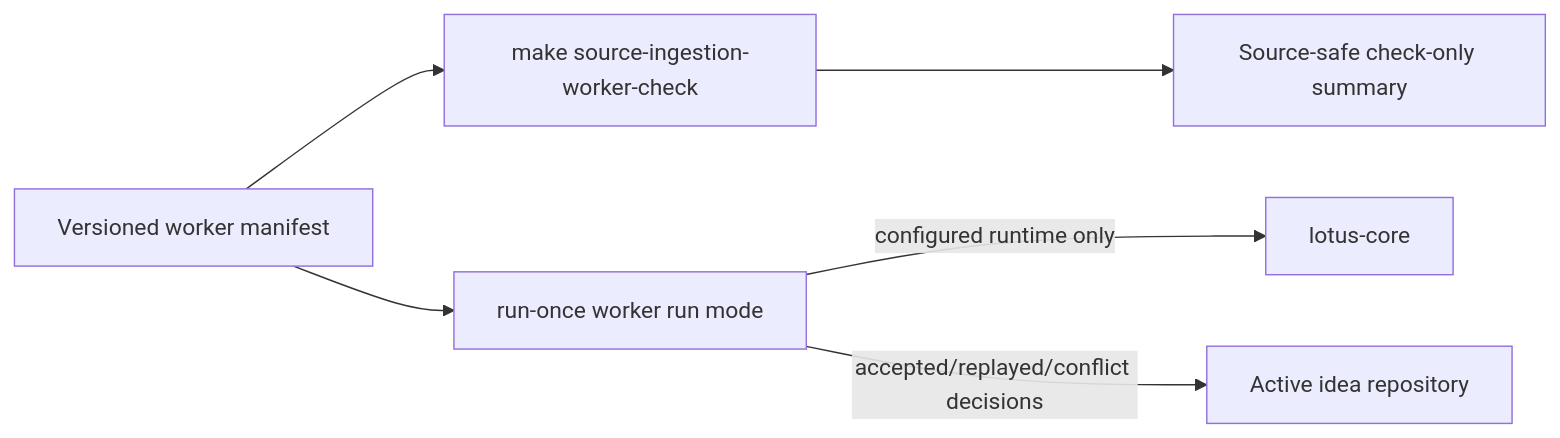
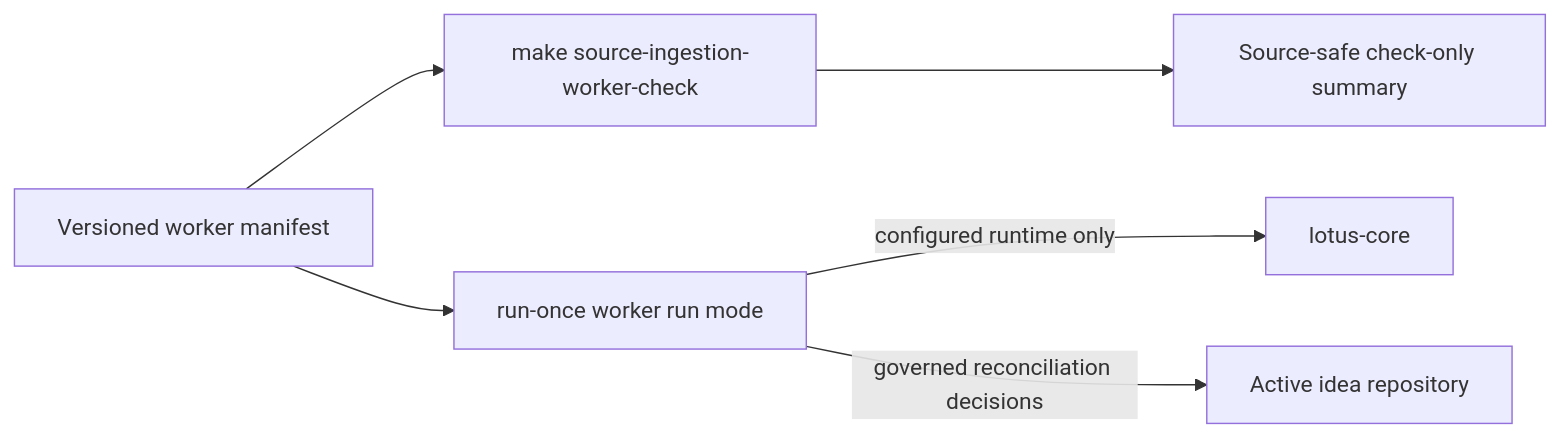
Before and after one commit to sgajbi/lotus-idea: the diagram in docs/operations/persistence.md, drawn with Mermaid. The commit also changed other lines of this file and 27 other files, not shown here.

````diff
--- a/docs/operations/persistence.md
+++ b/docs/operations/persistence.md
@@ -219,14 +221,14 @@
 ```mermaid
 flowchart LR
     Manifest["Versioned worker manifest"]
     Gate["make source-ingestion-worker-check"]
     Summary["Source-safe check-only summary"]
     Runner["run-once worker run mode"]
     Core["lotus-core"]
     Repo["Active idea repository"]
 
     Manifest --> Gate --> Summary
     Manifest --> Runner
     Runner -->|"configured runtime only"| Core
-    Runner -->|"accepted/replayed/conflict decisions"| Repo
+    Runner -->|"governed reconciliation decisions"| Repo
 ```
````
